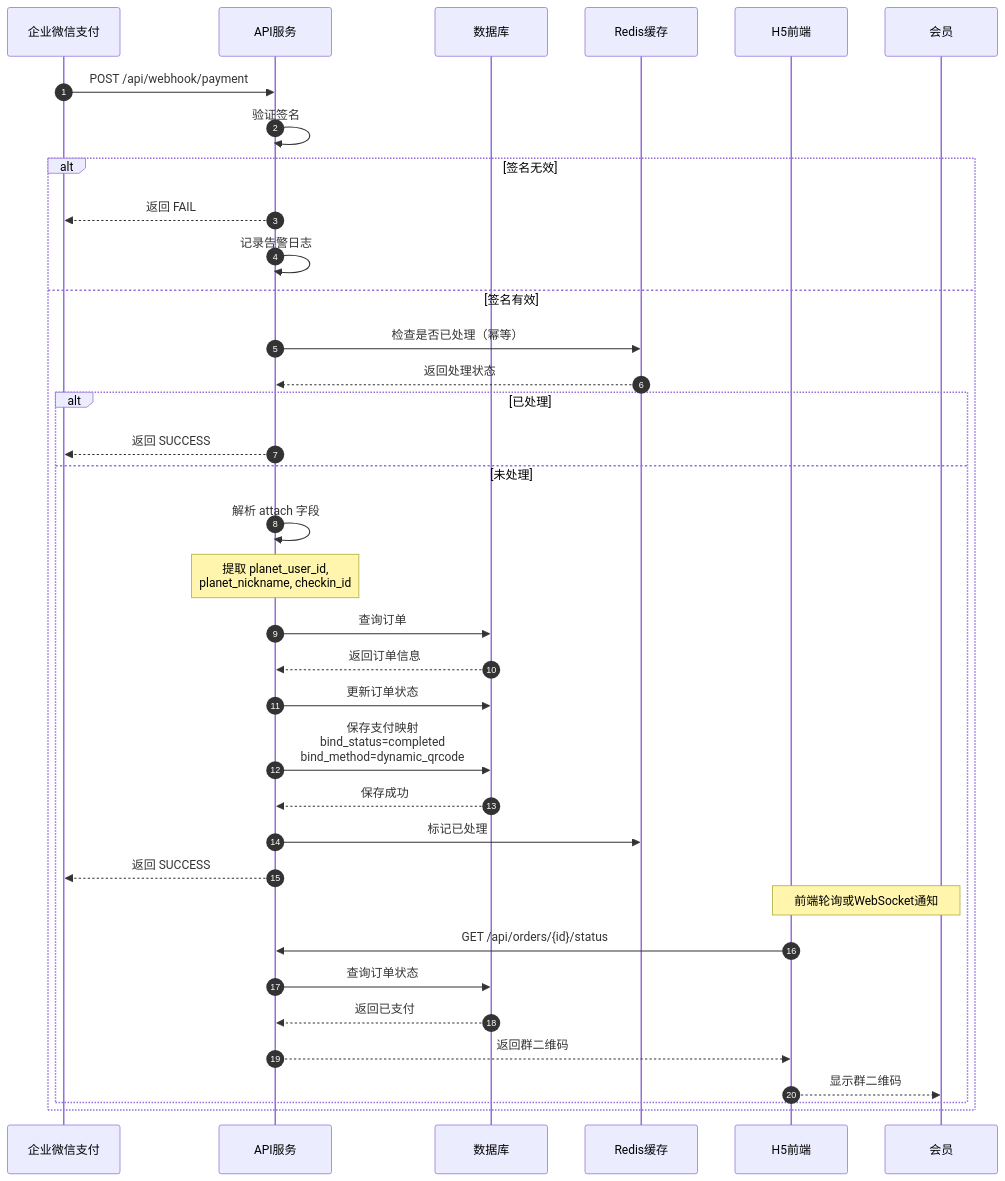
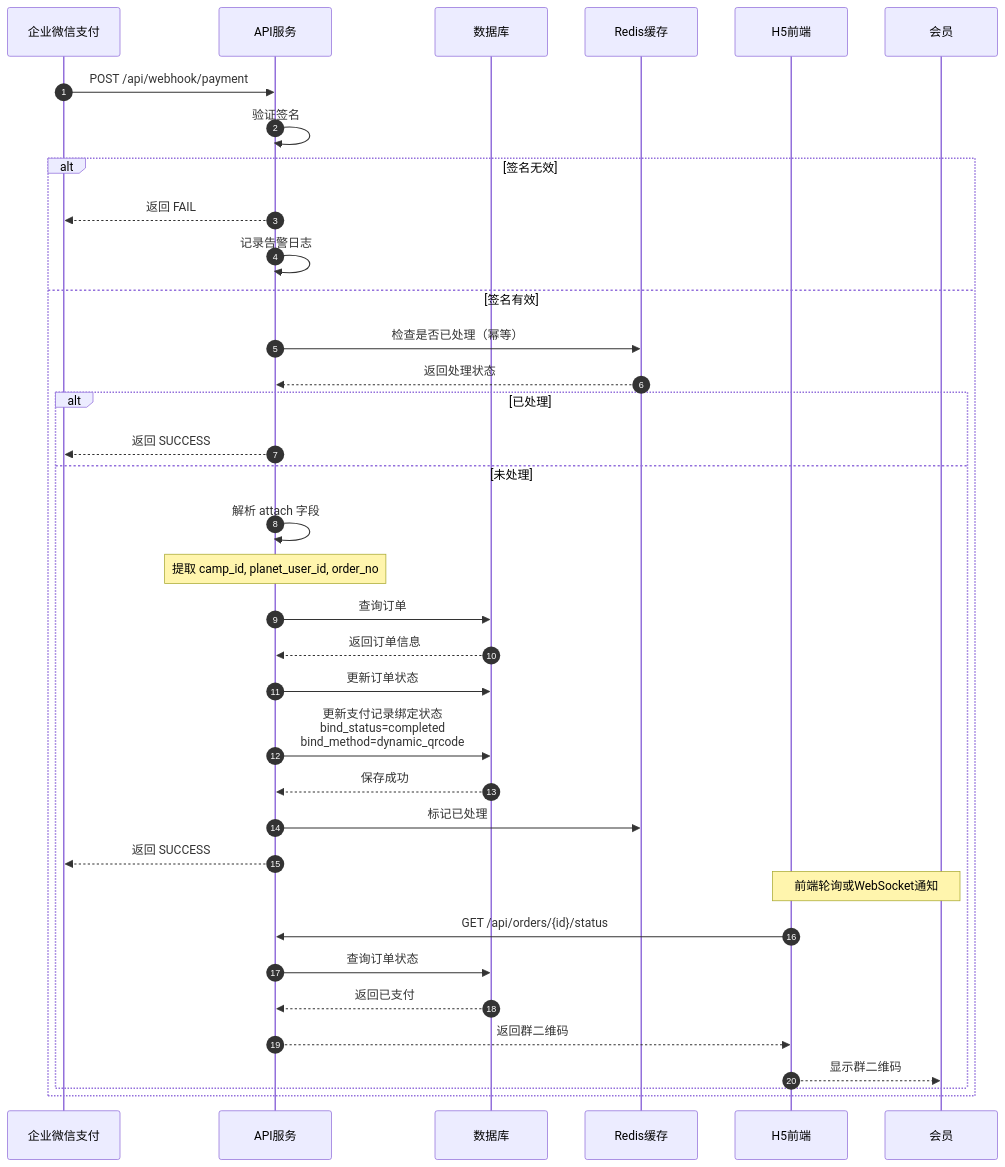
One commit to yiancode/AutoDepositRefundAgent changed diagram 19 of 54 in docs/v1/技术方案.md. Above: the diagram before and after it, drawn with Mermaid. The commit also changed other lines of this file and 2 other files, not shown here.

````diff
--- a/docs/v1/技术方案.md
+++ b/docs/v1/技术方案.md
@@ -946,42 +949,42 @@
 ```mermaid
 sequenceDiagram
     autonumber
     participant WX as 企业微信支付
     participant API as API服务
     participant DB as 数据库
     participant Cache as Redis缓存
     participant H5 as H5前端
     participant M as 会员
 
     WX->>API: POST /api/webhook/payment
     API->>API: 验证签名
 
     alt 签名无效
         API-->>WX: 返回 FAIL
         API->>API: 记录告警日志
     else 签名有效
         API->>Cache: 检查是否已处理（幂等）
         Cache-->>API: 返回处理状态
 
         alt 已处理
             API-->>WX: 返回 SUCCESS
         else 未处理
             API->>API: 解析 attach 字段
-            Note over API: 提取 planet_user_id,<br/>planet_nickname, checkin_id
+            Note over API: 提取 camp_id, planet_user_id, order_no
             API->>DB: 查询订单
             DB-->>API: 返回订单信息
             API->>DB: 更新订单状态
-            API->>DB: 保存支付映射<br/>bind_status=completed<br/>bind_method=dynamic_qrcode
+            API->>DB: 更新支付记录绑定状态<br/>bind_status=completed<br/>bind_method=dynamic_qrcode
             DB-->>API: 保存成功
             API->>Cache: 标记已处理
             API-->>WX: 返回 SUCCESS
 
             Note over H5,M: 前端轮询或WebSocket通知
             H5->>API: GET /api/orders/{id}/status
             API->>DB: 查询订单状态
             DB-->>API: 返回已支付
             API-->>H5: 返回群二维码
             H5-->>M: 显示群二维码
         end
     end
 ```
````
